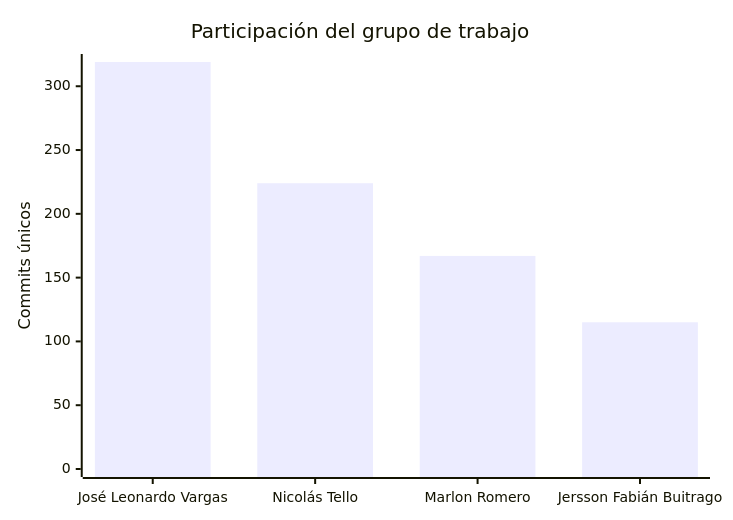
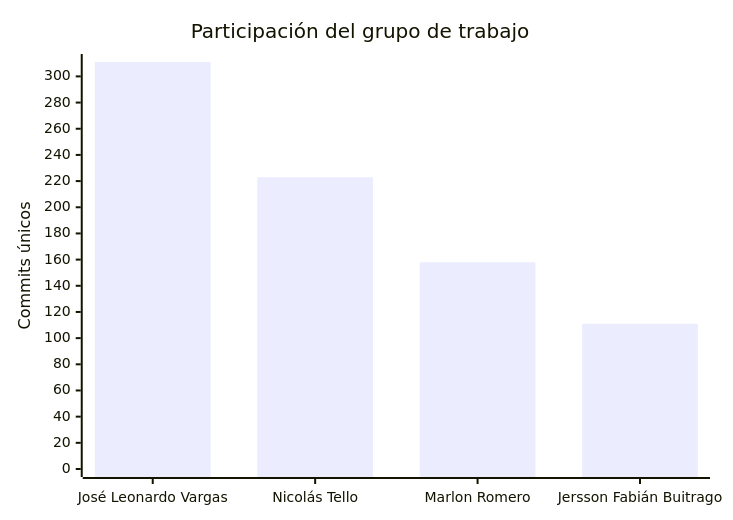
The second of 2 diagrams in README.md (FarmaExpres/FarmaExpres), drawn with Mermaid before and after one commit. The commit also changed other lines of this file and 1 other file, not shown here.

````diff
--- a/README.md
+++ b/README.md
@@ -403,7 +403,7 @@
 ```mermaid
 xychart-beta
     title "Participación del grupo de trabajo"
     x-axis ["José Leonardo Vargas", "Nicolás Tello", "Marlon Romero", "Jersson Fabián Buitrago"]
-    y-axis "Commits únicos" 0 --> 319
-    bar [319, 224, 167, 115]
+    y-axis "Commits únicos" 0 --> 311
+    bar [311, 223, 158, 111]
 ```
````
